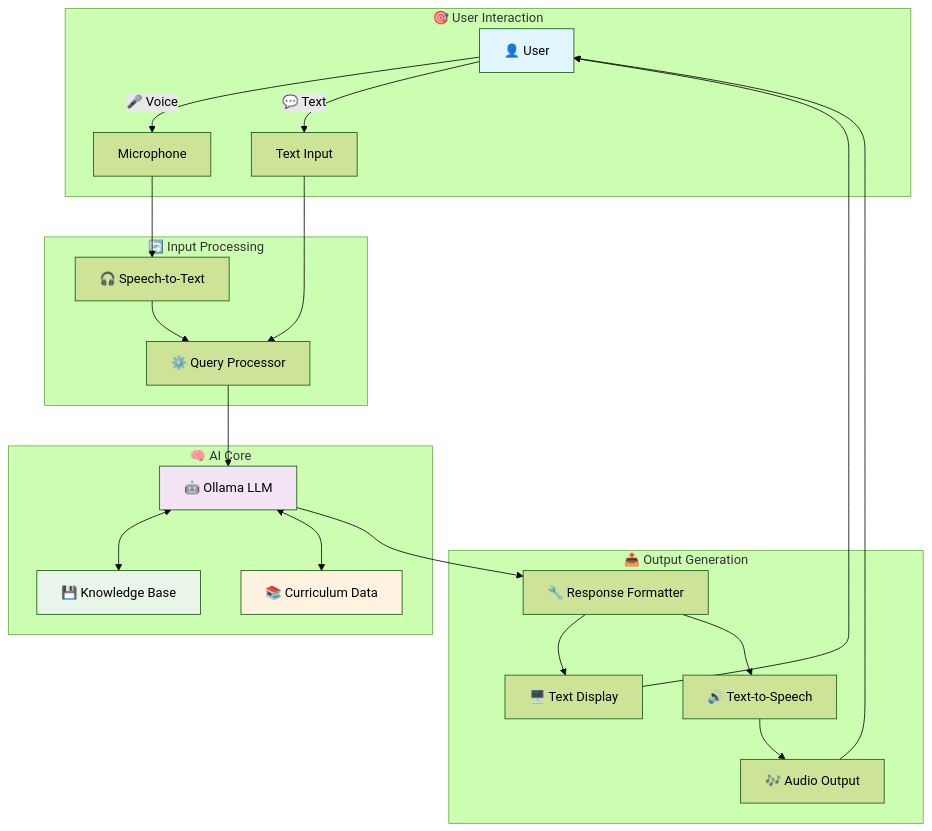
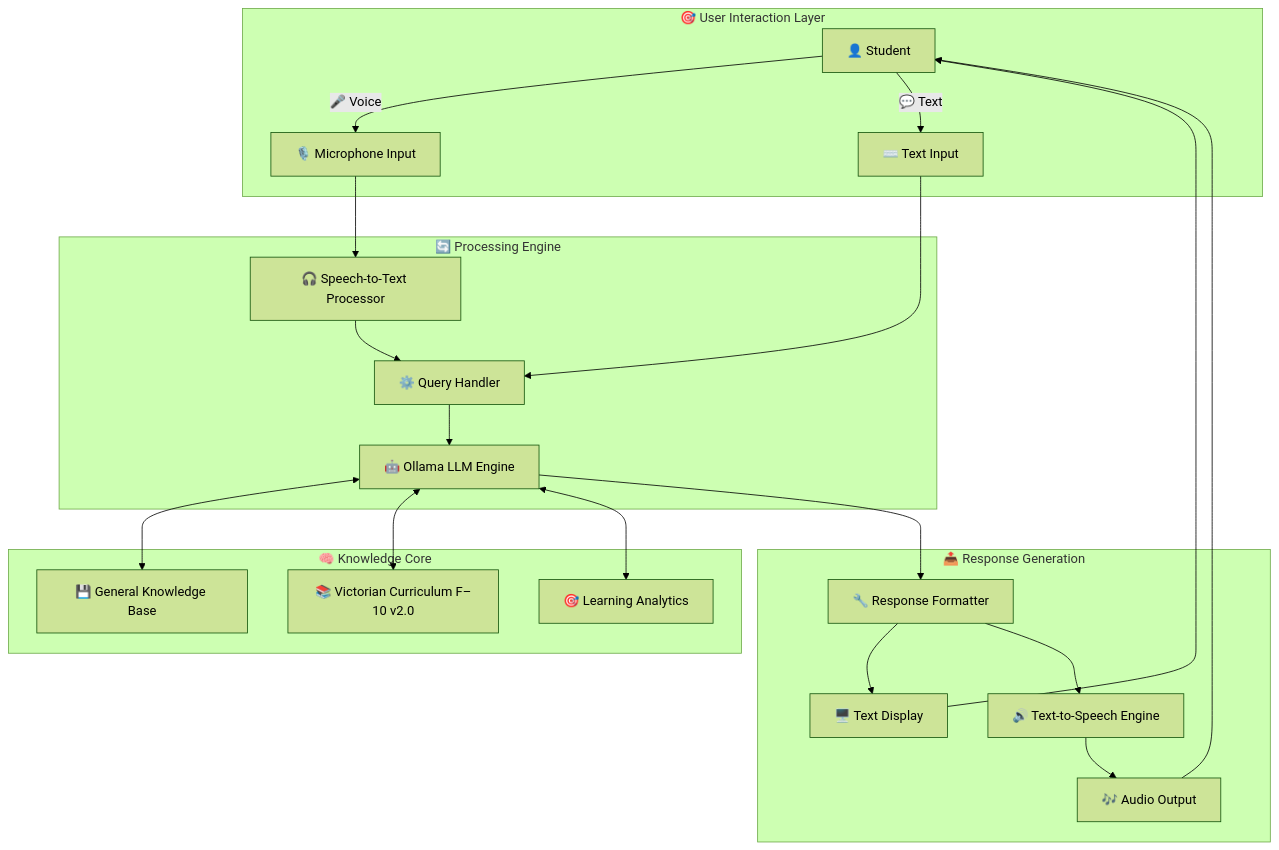
The diagram in README.md (Logulokesh/voice-tutor), drawn with Mermaid (forest theme) before and after one commit. The commit also changed other lines of this file, not shown here.

````diff
--- a/README.md
+++ b/README.md
@@ -70,35 +78,31 @@
 ```mermaid
 graph TB
-    subgraph "🎯 User Interaction"
-        A[👤 User]
-        A -->|🎤 Voice| B[Microphone]
-        A -->|💬 Text| C[Text Input]
+    subgraph "🎯 User Interaction Layer"
+        A[👤 Student] 
+        A -->|🎤 Voice| B[🎙️ Microphone Input]
+        A -->|💬 Text| C[⌨️ Text Input]
     end
     
-    subgraph "🔄 Input Processing"
-        B --> D[🎧 Speech-to-Text]
-        C --> E[⚙️ Query Processor]
+    subgraph "🔄 Processing Engine"
+        B --> D[🎧 Speech-to-Text Processor]
+        C --> E[⚙️ Query Handler]
         D --> E
+        E --> F[🤖 Ollama LLM Engine]
     end
     
-    subgraph "🧠 AI Core"
-        E --> F[🤖 Ollama LLM]
-        F <--> G[💾 Knowledge Base]
-        F <--> H[📚 Curriculum Data]
+    subgraph "🧠 Knowledge Core"
+        F <--> G[💾 General Knowledge Base]
+        F <--> H[📚 Victorian Curriculum F–10 v2.0]
+        F <--> I[🎯 Learning Analytics]
     end
     
-    subgraph "📤 Output Generation"
-        F --> I[🔧 Response Formatter]
-        I --> J[🖥️ Text Display]
-        I --> K[🔊 Text-to-Speech]
-        K --> L[🎶 Audio Output]
+    subgraph "📤 Response Generation"
+        F --> J[🔧 Response Formatter]
+        J --> K[🖥️ Text Display]
+        J --> L[🔊 Text-to-Speech Engine]
+        L --> M[🎶 Audio Output]
     end
     
-    J --> A
-    L --> A
-    
-    style A fill:#e1f5fe
-    style F fill:#f3e5f5
-    style G fill:#e8f5e8
-    style H fill:#fff3e0
+    K --> A
+    M --> A
 ```
````
